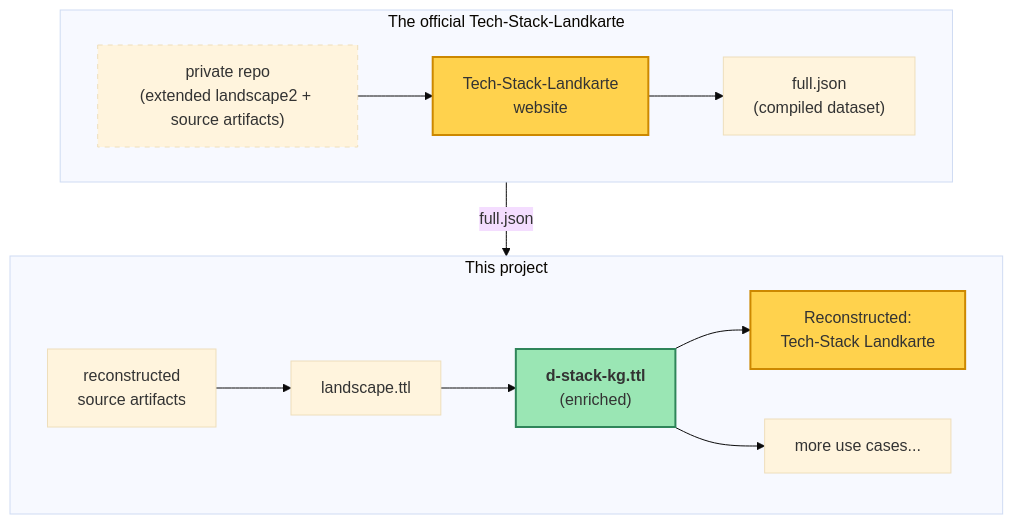
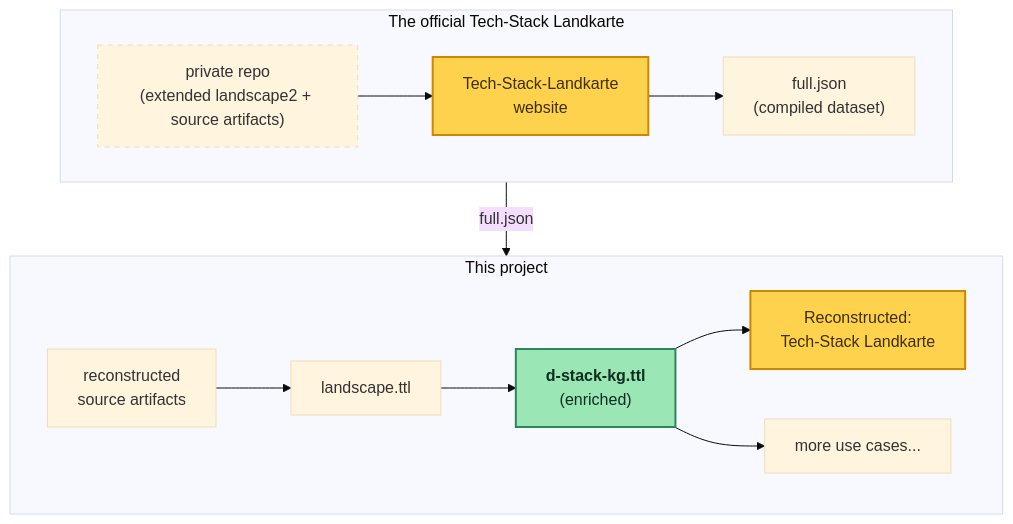
One commit to benjaminaaron/d-stack-kg changed the diagram in README.md. Above: the diagram before and after it, drawn with Mermaid (base theme).

Commit message:
Choose mermaid colors that work in dark mode too

````diff
--- a/README.md
+++ b/README.md
@@ -7,22 +7,22 @@
 ```mermaid
     flowchart TB
-    subgraph sq ["The official Tech-Stack-Landkarte"]
+    subgraph sq ["The official Tech-Stack Landkarte"]
         direction LR
         repo["private repo<br/>(extended landscape2 + source artifacts)"] --> site["Tech-Stack-Landkarte<br/>website"] --> json["full.json<br/>(compiled dataset)"]
     end
     subgraph kg ["This project"]
         direction LR
         yml["reconstructed<br/>source artifacts"] --> ttl["landscape.ttl"] --> dstack["<b>d-stack-kg.ttl</b><br/>(enriched)"]
         dstack --> roundtrip["Reconstructed:</br>Tech-Stack Landkarte"]
         dstack --> more["more use cases..."]
     end
     sq -- "full.json" --> kg
 
     classDef private stroke-dasharray:5 5
-    classDef key fill:#ffd24d,stroke:#cc8800,stroke-width:2px
-    classDef goal fill:#9ae6b4,stroke:#2f855a,stroke-width:2px
+    classDef key fill:#ffd24d,stroke:#cc8800,color:#3d2f00,stroke-width:2px
+    classDef goal fill:#9ae6b4,stroke:#2f855a,color:#0f2e1f,stroke-width:2px
     class repo private
     class site key
     class roundtrip key
     class dstack goal
 ```
````
